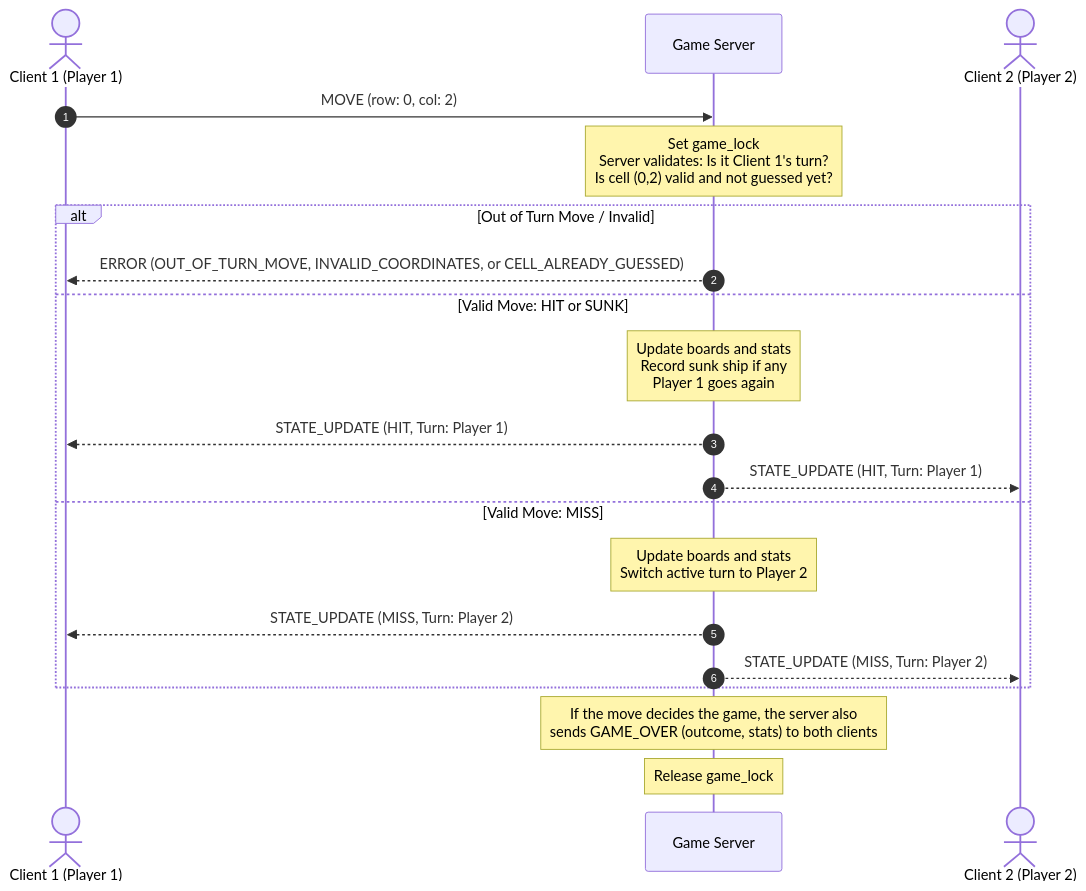
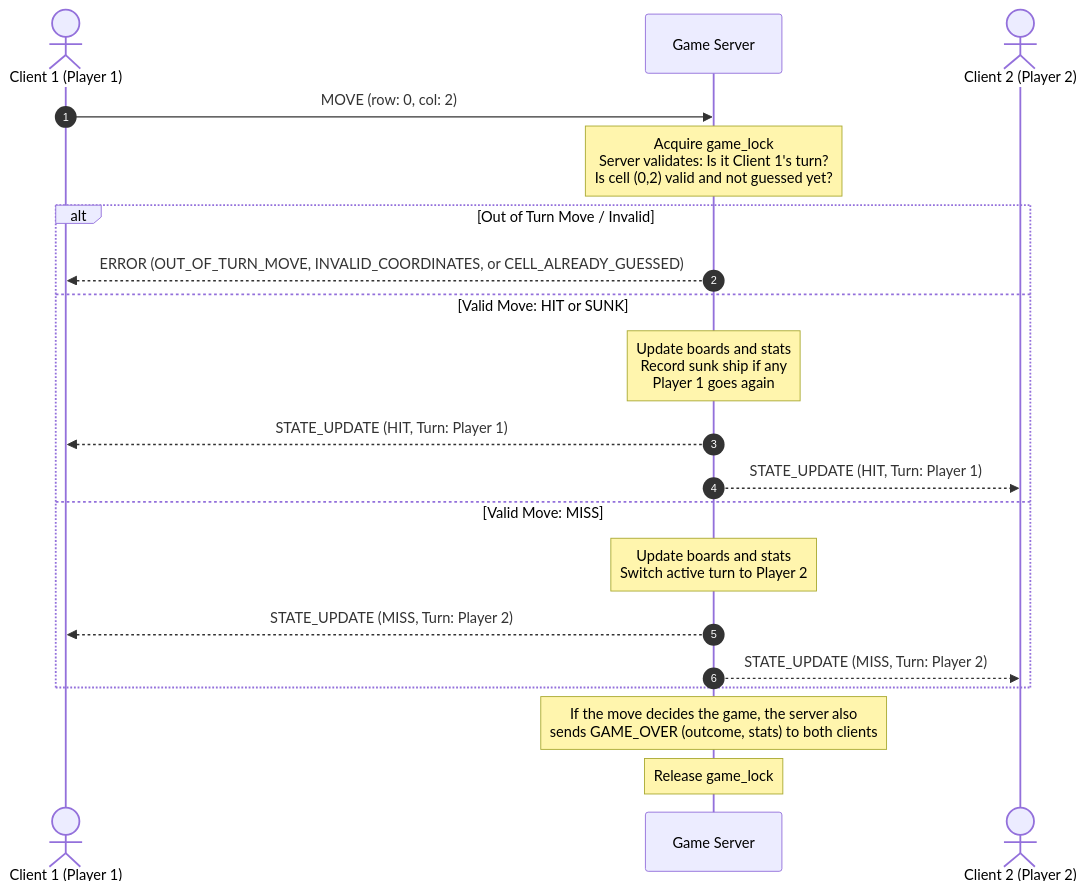
One commit to janerassadina/battleship-cli-net changed the diagram in concurrency_design.md. Above: the diagram before and after it, drawn with Mermaid. The commit also changed other lines of this file, not shown here.

First line of the commit message:
Add move flow narrative and the score synchronization section

````diff
--- a/concurrency_design.md
+++ b/concurrency_design.md
@@ -20,23 +22,23 @@
 ```mermaid
 sequenceDiagram
     autonumber
     actor Client1 as Client 1 (Player 1)
     participant Server as Game Server
     actor Client2 as Client 2 (Player 2)
 
     Client1->>Server: MOVE (row: 0, col: 2)
-    Note over Server: Set game_lock<br>Server validates: Is it Client 1's turn?<br>Is cell (0,2) valid and not guessed yet?
+    Note over Server: Acquire game_lock<br>Server validates: Is it Client 1's turn?<br>Is cell (0,2) valid and not guessed yet?
     alt Out of Turn Move / Invalid
         Server-->>Client1: ERROR (OUT_OF_TURN_MOVE, INVALID_COORDINATES, or CELL_ALREADY_GUESSED)
     else Valid Move: HIT or SUNK
         Note over Server: Update boards and stats<br>Record sunk ship if any<br>Player 1 goes again
         Server-->>Client1: STATE_UPDATE (HIT, Turn: Player 1)
         Server-->>Client2: STATE_UPDATE (HIT, Turn: Player 1)
     else Valid Move: MISS
         Note over Server: Update boards and stats<br>Switch active turn to Player 2
         Server-->>Client1: STATE_UPDATE (MISS, Turn: Player 2)
         Server-->>Client2: STATE_UPDATE (MISS, Turn: Player 2)
     end
     Note over Server: If the move decides the game, the server also<br>sends GAME_OVER (outcome, stats) to both clients
     Note over Server: Release game_lock
 ```
````
